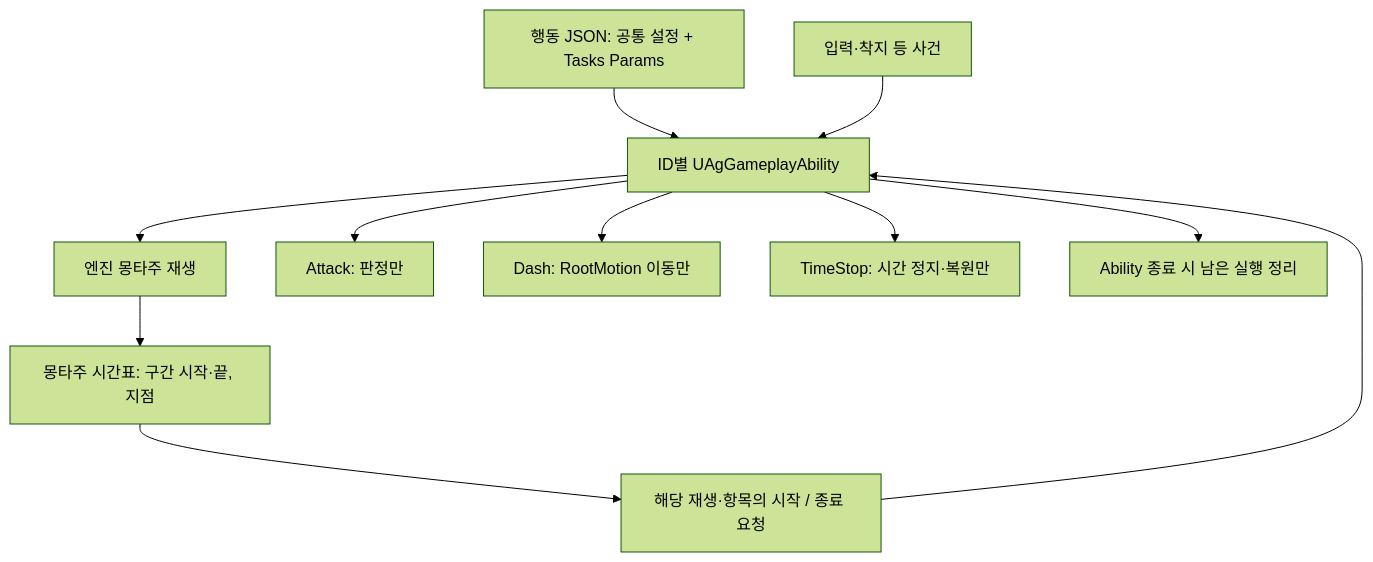
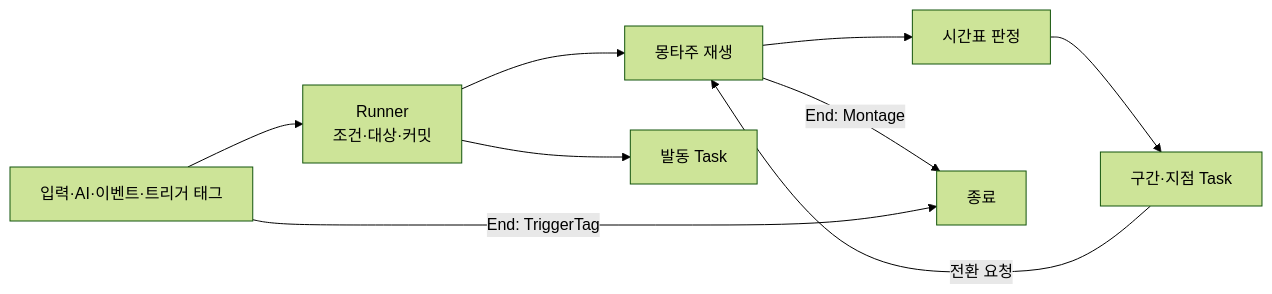
Before and after one commit to Woogl/Ag: the diagram in Docs/Program/어빌리티와 AbilityTask.md, drawn with Mermaid (forest theme). The commit also changed other lines of this file and 15 other files, not shown here.

````diff
--- a/Docs/Program/어빌리티와 AbilityTask.md
+++ b/Docs/Program/어빌리티와 AbilityTask.md
@@ -51,13 +30,11 @@
 ```mermaid
-flowchart TD
-    J["행동 JSON: 공통 설정 + Tasks Params"] --> A["ID별 UAgGameplayAbility"]
-    A --> M["엔진 몽타주 재생"]
-    M --> N["몽타주 시간표: 구간 시작·끝, 지점"]
-    N --> R["해당 재생·항목의 시작 / 종료 요청"]
-    R --> A
-    A --> AT["Attack: 판정만"]
-    A --> DT["Dash: RootMotion 이동만"]
-    A --> TT["TimeStop: 시간 정지·복원만"]
-    E["입력·착지 등 사건"] --> A
-    A --> C["Ability 종료 시 남은 실행 정리"]
+flowchart LR
+    I["입력·AI·이벤트·트리거 태그"] --> R["Runner<br>조건·대상·커밋"]
+    R --> M["몽타주 재생"]
+    R --> A["발동 Task"]
+    M --> T["시간표 판정"]
+    T --> W["구간·지점 Task"]
+    W -->|"전환 요청"| M
+    M -->|"End: Montage"| E["종료"]
+    I -->|"End: TriggerTag"| E
 ```
````
